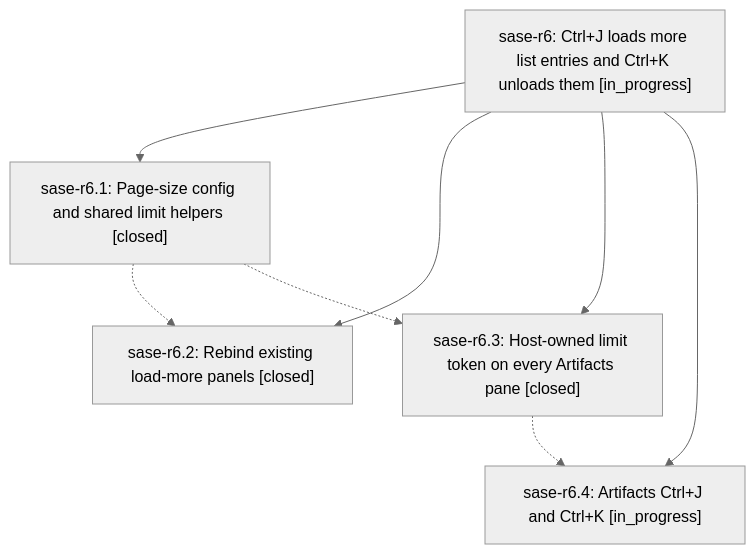
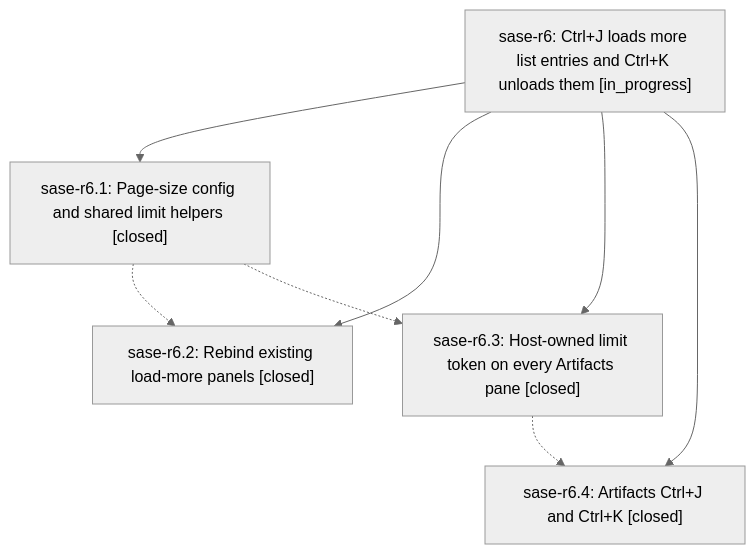
The diagram in pages/sase-r6/README.md (sase-org/sase--beads), drawn with Mermaid (neutral theme) before and after one commit. The commit also changed other lines of this file and 2 other files, not shown here.

First line of the commit message:
chore(beads): sync bead state and pages for sase-r6

````diff
--- a/pages/sase-r6/README.md
+++ b/pages/sase-r6/README.md
@@ -29,15 +29,15 @@
 ```mermaid
 flowchart TD
     n0["sase-r6: Ctrl+J loads more list entries and Ctrl+K unloads them [in_progress]"]
     n1["sase-r6.1: Page-size config and shared limit helpers [closed]"]
     n2["sase-r6.2: Rebind existing load-more panels [closed]"]
     n3["sase-r6.3: Host-owned limit token on every Artifacts pane [closed]"]
-    n4["sase-r6.4: Artifacts Ctrl+J and Ctrl+K [in_progress]"]
+    n4["sase-r6.4: Artifacts Ctrl+J and Ctrl+K [closed]"]
     n0 --> n1
     n0 --> n2
     n0 --> n3
     n0 --> n4
     n1 -.-> n2
     n1 -.-> n3
     n3 -.-> n4
 ```
````
